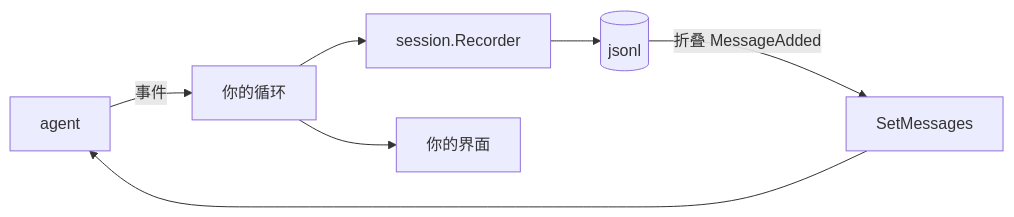
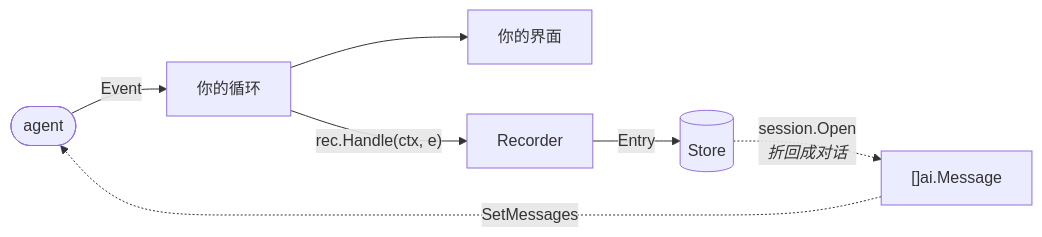
The fifth of 5 diagrams in docs/agent.zh-CN.md (genai-io/sdk-go), drawn with Mermaid before and after one commit. The commit also changed other lines of this file and 3 other files, not shown here.

````diff
--- a/docs/agent.zh-CN.md
+++ b/docs/agent.zh-CN.md
@@ -269,9 +269,9 @@
 ```mermaid
 flowchart LR
-    agent[agent] -->|事件| loop[你的循环]
-    loop --> rec[session.Recorder]
-    loop --> ui[你的界面]
-    rec --> store[(jsonl)]
-    store -->|折叠 MessageAdded| restore[SetMessages]
-    restore --> agent
+    agent(["agent"]) -->|"Event"| loop["你的循环"]
+    loop --> ui["你的界面"]
+    loop -->|"rec.Handle(ctx, e)"| rec["Recorder"]
+    rec -->|"Entry"| store[("Store")]
+    store -.->|"session.Open<br/><i>折回成对话</i>"| hist["[]ai.Message"]
+    hist -.->|"SetMessages"| agent
 ```
````
